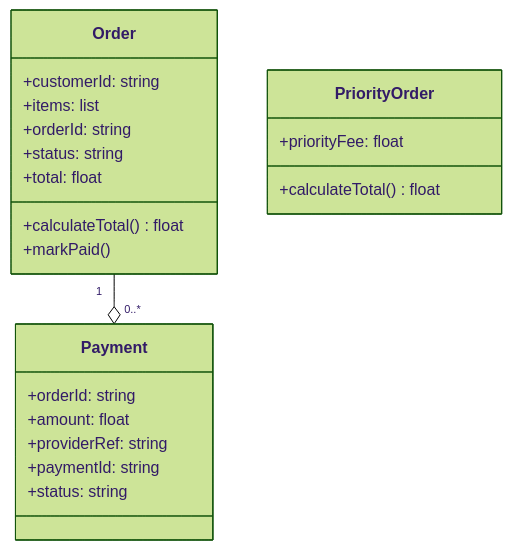
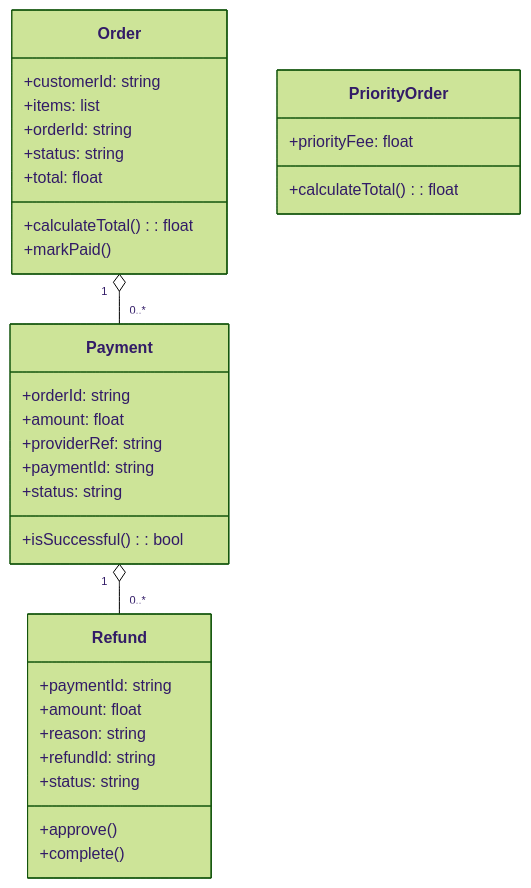
One commit to matzatezalo/local_arcbot_testing changed the diagram in docs/architecture/uml_domain_model.md. Above: the diagram before and after it, drawn with Mermaid (forest theme). The commit also changed other lines of this file and 2 other files, not shown here.

Commit message:
Update architecture diagrams

````diff
--- a/docs/architecture/uml_domain_model.md
+++ b/docs/architecture/uml_domain_model.md
@@ -8,27 +9,36 @@
 ```mermaid
 classDiagram
     class Order {
         +customerId: string
         +items: list
         +orderId: string
         +status: string
         +total: float
-        +calculateTotal() float
+        +calculateTotal(): float
         +markPaid()
     }
-
     class PriorityOrder {
         +priorityFee: float
-        +calculateTotal() float
+        +calculateTotal(): float
     }
-
     class Payment {
         +orderId: string
         +amount: float
         +providerRef: string
         +paymentId: string
         +status: string
+        +isSuccessful(): bool
+    }
+    class Refund {
+        +paymentId: string
+        +amount: float
+        +reason: string
+        +refundId: string
+        +status: string
+        +approve()
+        +complete()
     }
 
-    Order "1" --o "0..*" Payment
+    Order "1" o-- "0..*" Payment
+    Payment "1" o-- "0..*" Refund
 ```
````
